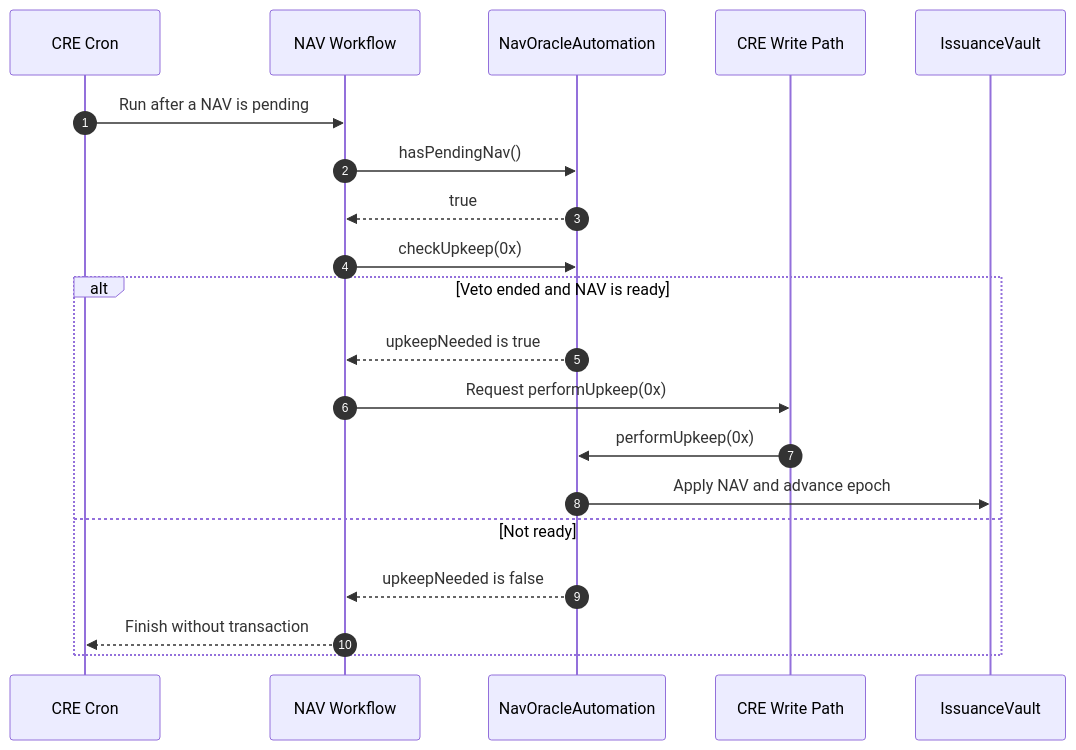
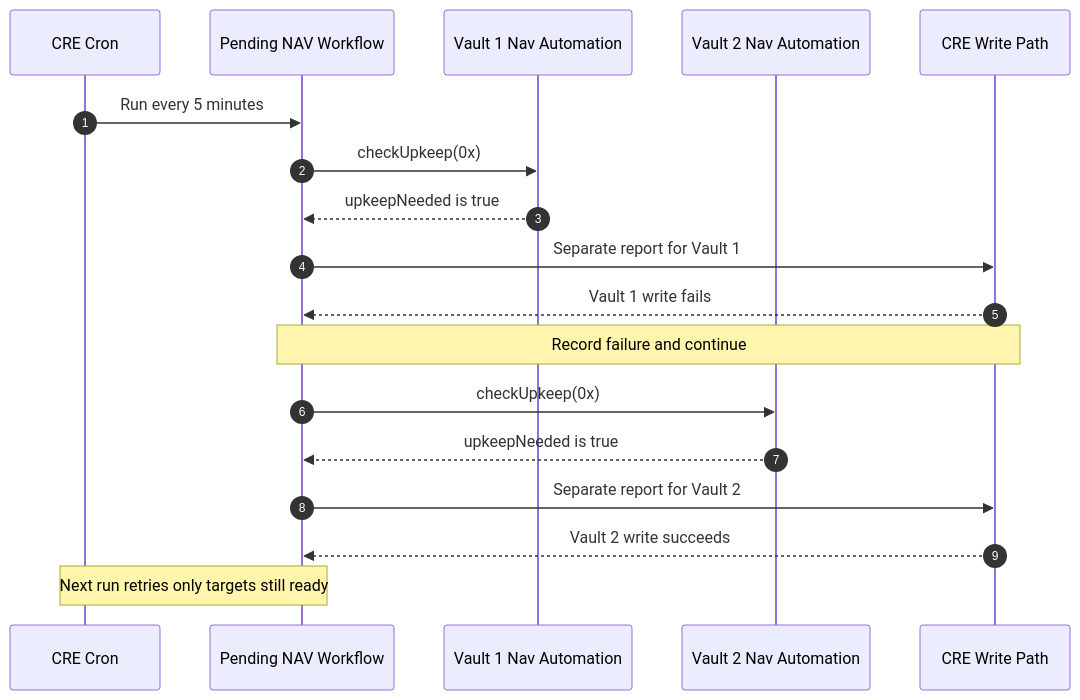
The diagram in integration-docs/cre-automation-diagrams/03-pending-nav.mmd (mezzanine-finance/smart-contracts), drawn with Mermaid before and after one commit. The commit also changed 11 other files, not shown here.

Commit message:
docs: align CRE automation flows with agreed scope

```diff
--- a/integration-docs/cre-automation-diagrams/03-pending-nav.mmd
+++ b/integration-docs/cre-automation-diagrams/03-pending-nav.mmd
@@ -1,21 +1,19 @@
 sequenceDiagram
     autonumber
     participant Cron as CRE Cron
-    participant WF as NAV Workflow
-    participant NAV as NavOracleAutomation
+    participant WF as Pending NAV Workflow
+    participant NAV1 as Vault 1 Nav Automation
+    participant NAV2 as Vault 2 Nav Automation
     participant Path as CRE Write Path
-    participant Vault as IssuanceVault
 
-    Cron->>WF: Run after a NAV is pending
-    WF->>NAV: hasPendingNav()
-    NAV-->>WF: true
-    WF->>NAV: checkUpkeep(0x)
-    alt Veto ended and NAV is ready
-        NAV-->>WF: upkeepNeeded is true
-        WF->>Path: Request performUpkeep(0x)
-        Path->>NAV: performUpkeep(0x)
-        NAV->>Vault: Apply NAV and advance epoch
-    else Not ready
-        NAV-->>WF: upkeepNeeded is false
-        WF-->>Cron: Finish without transaction
-    end
+    Cron->>WF: Run every 5 minutes
+    WF->>NAV1: checkUpkeep(0x)
+    NAV1-->>WF: upkeepNeeded is true
+    WF->>Path: Separate report for Vault 1
+    Path-->>WF: Vault 1 write fails
+    Note over WF,Path: Record failure and continue
+    WF->>NAV2: checkUpkeep(0x)
+    NAV2-->>WF: upkeepNeeded is true
+    WF->>Path: Separate report for Vault 2
+    Path-->>WF: Vault 2 write succeeds
+    Note over Cron,WF: Next run retries only targets still ready
```
